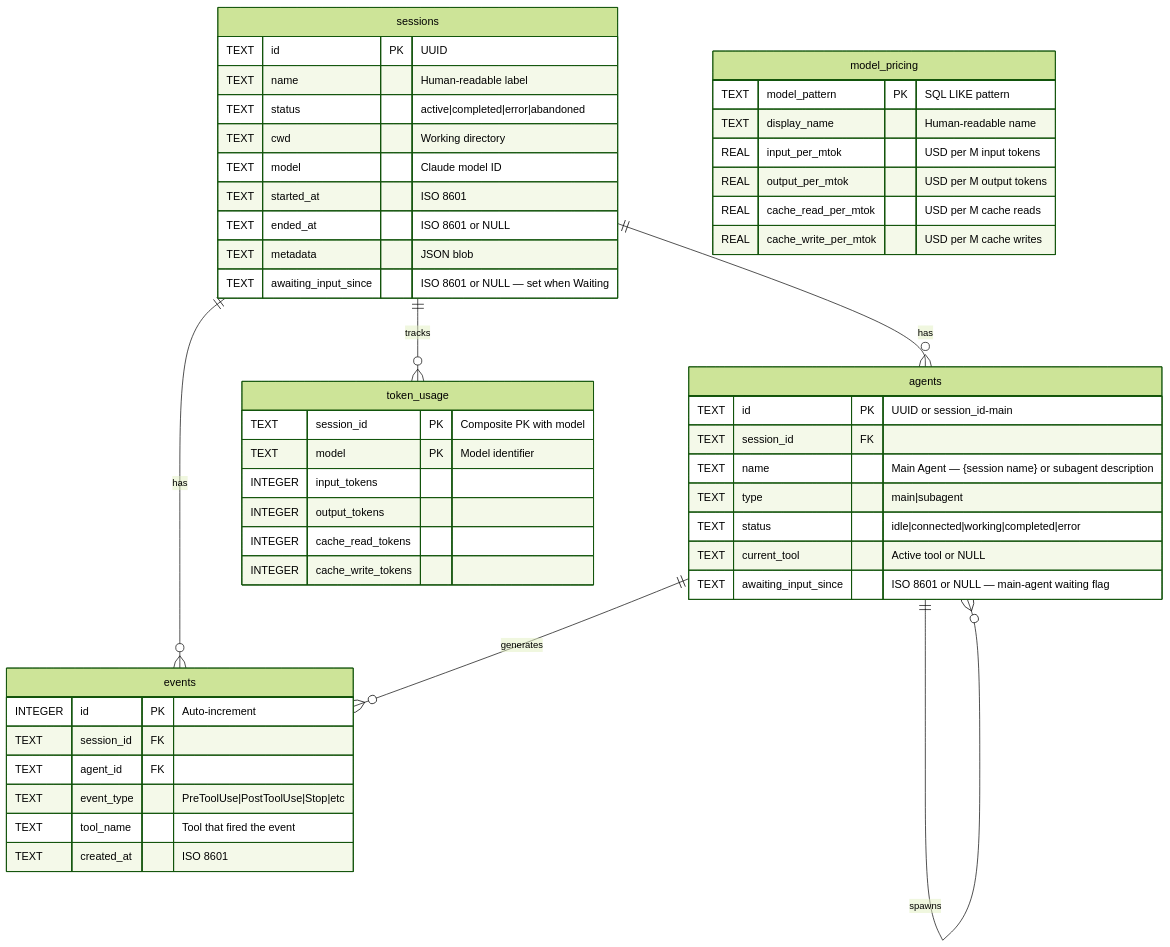
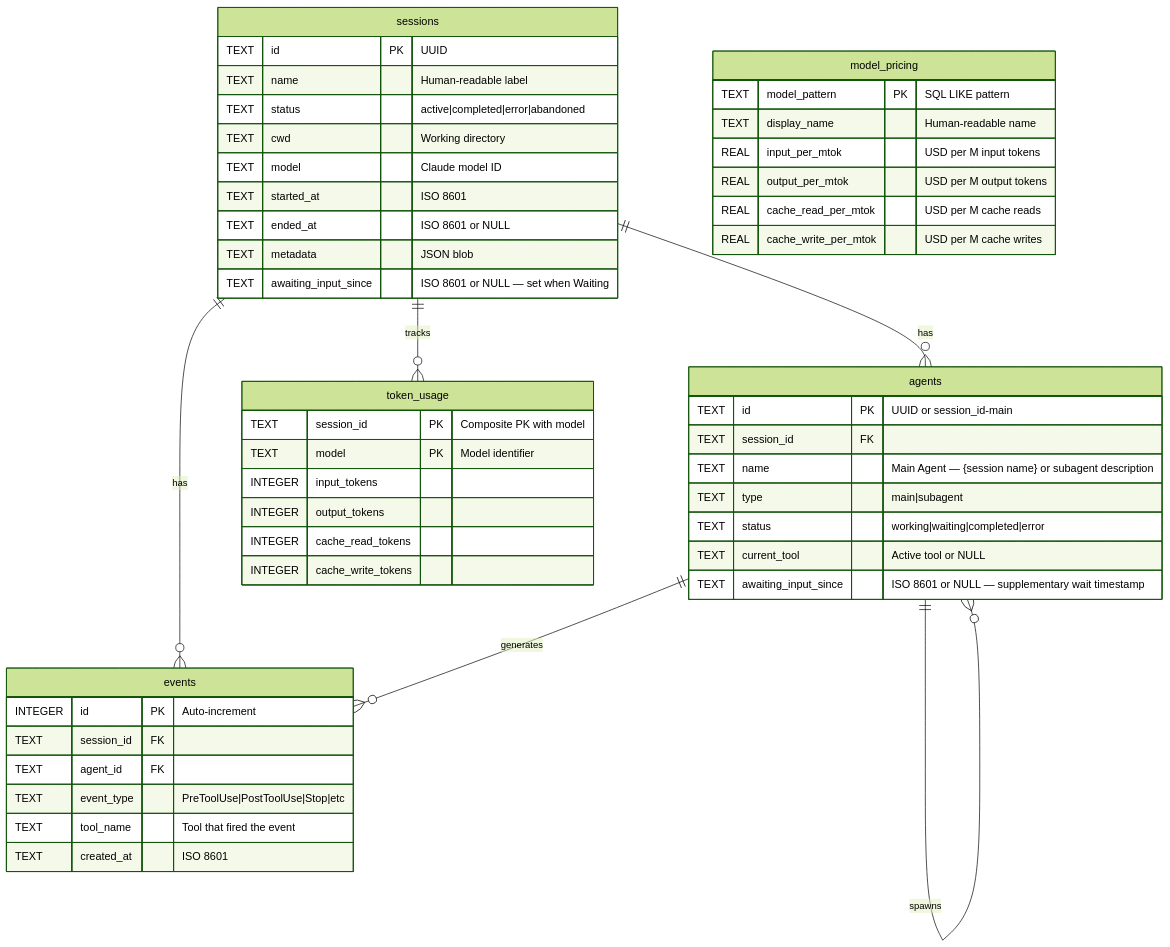
Before and after one commit to StrainReviews/Claude-Code-Agent-Monitor: diagram 15 of 21 in README.md, drawn with Mermaid (forest theme). The commit also changed other lines of this file and 32 other files, not shown here.

Commit message:
feat(agent-status): replace 'idle' and 'connected' statuses with 'waiting' and update related logic & enhance error tracking across agents and sections

````diff
--- a/README.md
+++ b/README.md
@@ -1124,57 +1117,57 @@
 ```mermaid
 erDiagram
     sessions ||--o{ agents : has
     sessions ||--o{ events : has
     sessions ||--o{ token_usage : tracks
     agents ||--o{ events : generates
     agents ||--o{ agents : spawns
 
     sessions {
         TEXT id PK "UUID"
         TEXT name "Human-readable label"
         TEXT status "active|completed|error|abandoned"
         TEXT cwd "Working directory"
         TEXT model "Claude model ID"
         TEXT started_at "ISO 8601"
         TEXT ended_at "ISO 8601 or NULL"
         TEXT metadata "JSON blob"
         TEXT awaiting_input_since "ISO 8601 or NULL — set when Waiting"
     }
 
     agents {
         TEXT id PK "UUID or session_id-main"
         TEXT session_id FK
         TEXT name "Main Agent — {session name} or subagent description"
         TEXT type "main|subagent"
-        TEXT status "idle|connected|working|completed|error"
+        TEXT status "working|waiting|completed|error"
         TEXT current_tool "Active tool or NULL"
-        TEXT awaiting_input_since "ISO 8601 or NULL — main-agent waiting flag"
+        TEXT awaiting_input_since "ISO 8601 or NULL — supplementary wait timestamp"
     }
 
     events {
         INTEGER id PK "Auto-increment"
         TEXT session_id FK
         TEXT agent_id FK
         TEXT event_type "PreToolUse|PostToolUse|Stop|etc"
         TEXT tool_name "Tool that fired the event"
         TEXT created_at "ISO 8601"
     }
 
     token_usage {
         TEXT session_id PK "Composite PK with model"
         TEXT model PK "Model identifier"
         INTEGER input_tokens
         INTEGER output_tokens
         INTEGER cache_read_tokens
         INTEGER cache_write_tokens
     }
 
     model_pricing {
         TEXT model_pattern PK "SQL LIKE pattern"
         TEXT display_name "Human-readable name"
         REAL input_per_mtok "USD per M input tokens"
         REAL output_per_mtok "USD per M output tokens"
         REAL cache_read_per_mtok "USD per M cache reads"
         REAL cache_write_per_mtok "USD per M cache writes"
     }
 ```
````
